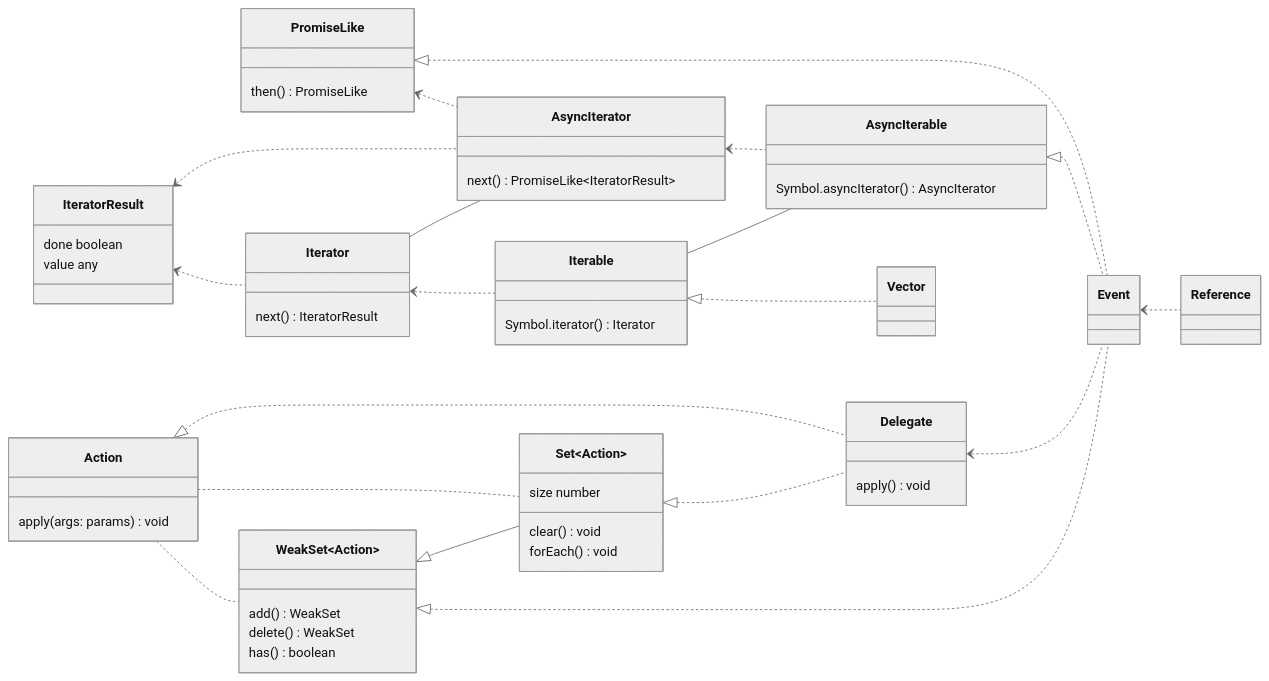
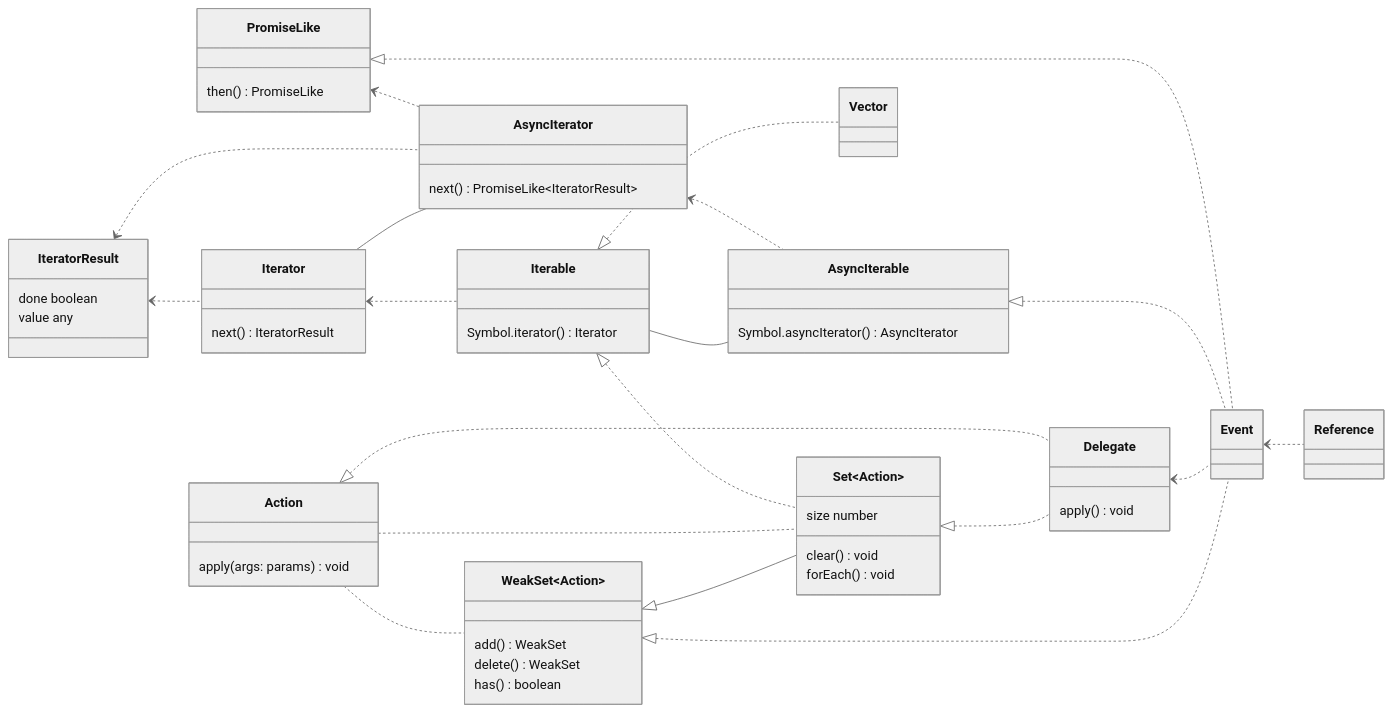
One commit to domrally/peekeasy changed the fifth of 5 diagrams in README.md. Above: the diagram before and after it, drawn with Mermaid (neutral theme). The commit also changed other lines of this file, not shown here.

````diff
--- a/README.md
+++ b/README.md
@@ -226,62 +221,63 @@
 ```mermaid
 classDiagram
     direction LR
     PromiseLike <|.. Event
     PromiseLike <.. AsyncIterator
     IteratorResult <.. AsyncIterator
     Iterator -- AsyncIterator
     AsyncIterator <.. AsyncIterable
     Iterable -- AsyncIterable
     AsyncIterable <|.. Event
     IteratorResult <.. Iterator
     Iterator <.. Iterable
     Iterable <|.. Vector
+    Iterable <|.. Set~Action~
     Delegate <.. Event
     Action <|.. Delegate
     Set~Action~ <|.. Delegate
     Action .. Set~Action~
     WeakSet~Action~ <|-- Set~Action~
     WeakSet~Action~ <|.. Event
     Action .. WeakSet~Action~
     Event <.. Reference
     class IteratorResult {
         done boolean
         value any
     }
     class AsyncIterable {
         Symbol.asyncIterator() AsyncIterator
     }
     class Iterable {
         Symbol.iterator() Iterator
     }
     class Iterator {
         next() IteratorResult
     }
     class AsyncIterator {
         next() PromiseLike~IteratorResult~
     }
     class PromiseLike {
         then() PromiseLike
     }
     class WeakSet {
         add() WeakSet
         delete() WeakSet
         has() boolean
     }
     class Set {
         size number
         clear() void
         forEach() void
     }
     class Action {
         apply(args: params) void
     }
     class Delegate {
         apply() void
     }
     link Delegate "https://github.com/domrally/peekeasy/blob/main/src/delegate.ts" "delegate.ts"
     class Event
     link Event "https://github.com/domrally/peekeasy/blob/main/src/event.ts" "event.ts"
     class Vector
     link Vector "https://github.com/domrally/peekeasy/blob/main/src/vector.ts" "vector.ts"
 ```
````
